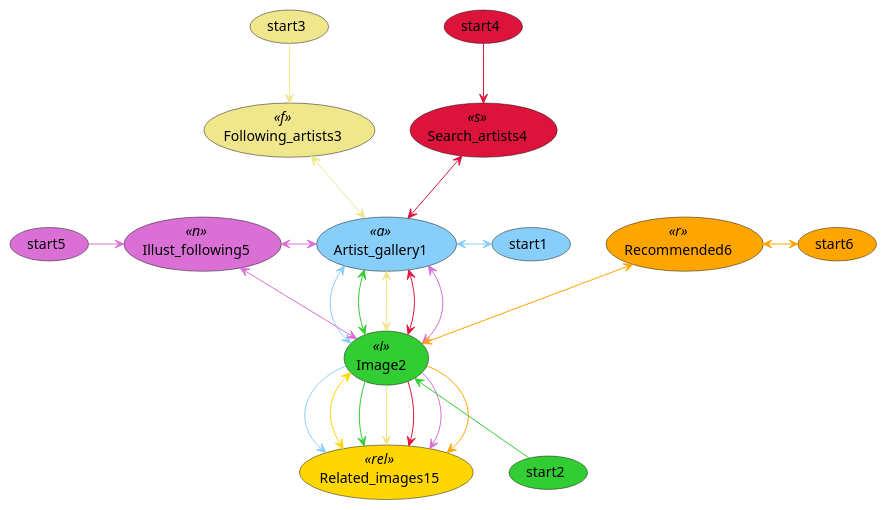
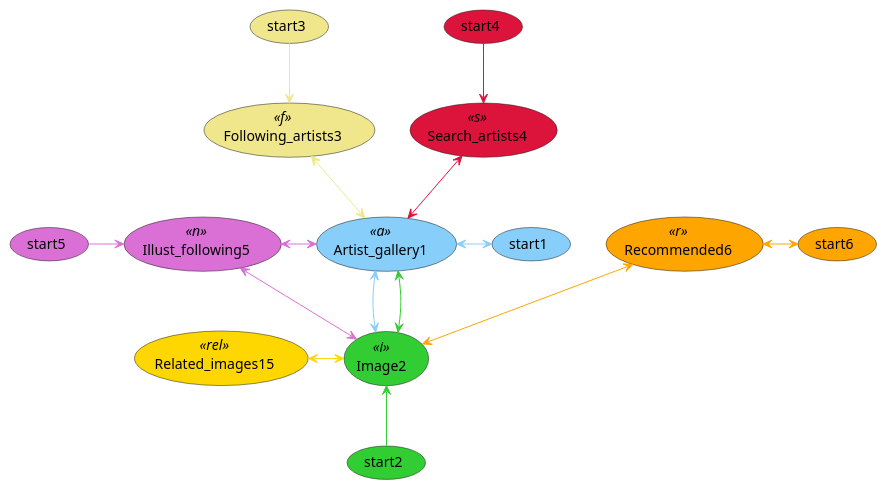
The diagram in puml/flowchart.puml (akazukin5151/koneko), drawn with PlantUML before and after one commit. The commit also changed 2 other files, not shown here.

Commit message:
Simplify flowchart

```diff
--- a/puml/flowchart.puml
+++ b/puml/flowchart.puml
@@ -1,57 +1,46 @@
 @startuml
 
 skinparam usecase<<a>>BackgroundColor LightSkyBlue
 skinparam usecase<<i>>BackgroundColor LimeGreen
 skinparam usecase<<f>>BackgroundColor Khaki
 skinparam usecase<<s>>BackgroundColor crimson
 skinparam usecase<<n>>BackgroundColor Orchid
 skinparam usecase<<r>>BackgroundColor Orange
 skinparam usecase<<rel>>BackgroundColor Gold
 
 usecase Artist_gallery1 <<a>>
 usecase Image2 <<i>>
 usecase Following_artists3 <<f>>
 usecase Search_artists4 <<s>>
 usecase Illust_following5 <<n>>
 usecase Related_images15 <<rel>>
 usecase Recommended6 <<r>>
 
-Related_images15 <-[#Gold]-> Image2
+Related_images15 <-[#Gold]> Image2
 
 usecase start1 #LightSkyBlue
 Artist_gallery1 <-[#LightSkyBlue]right-> start1
 Artist_gallery1 <-[#LightSkyBlue]-> Image2
 
 usecase start2 #LimeGreen
 Artist_gallery1 <-[#LimeGreen]-> Image2
 Image2 <-[#LimeGreen]- start2
 
-Image2 -[#LightSkyBlue]-> Related_images15
-Image2 -[#LimeGreen]-> Related_images15
-Image2 -[#khaki]-> Related_images15
-Image2 -[#crimson]-> Related_images15
-Image2 -[#Orchid]-> Related_images15
-
-
 usecase start3 #khaki
 Following_artists3 <-[#khaki]-> Artist_gallery1
-Artist_gallery1 <-[#khaki]-> Image2
 Following_artists3 <-[#khaki]up- start3
 
 usecase start4 #crimson
 Search_artists4 <-[#crimson]-> Artist_gallery1
 Search_artists4 <-[#crimson]up- start4
-Artist_gallery1 <-[#crimson]-> Image2
 
 usecase start5 #Orchid
 Illust_following5 <-[#Orchid]-> Image2
 Illust_following5 <-[#Orchid]left- start5
-Artist_gallery1 <-[#Orchid]-> Image2
 Illust_following5 <-[#Orchid]right-> Artist_gallery1
 
 usecase start6 #Orange
 Recommended6 <-[#Orange]right-> start6
 Recommended6 <-[#Orange]-> Image2
-Image2 -[#Orange]-> Related_images15
 
 @enduml
```
